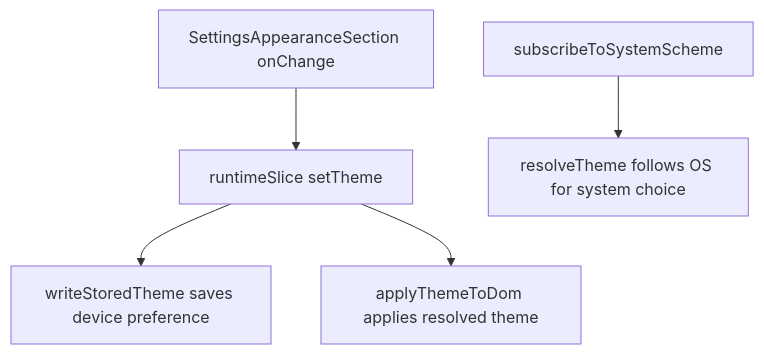
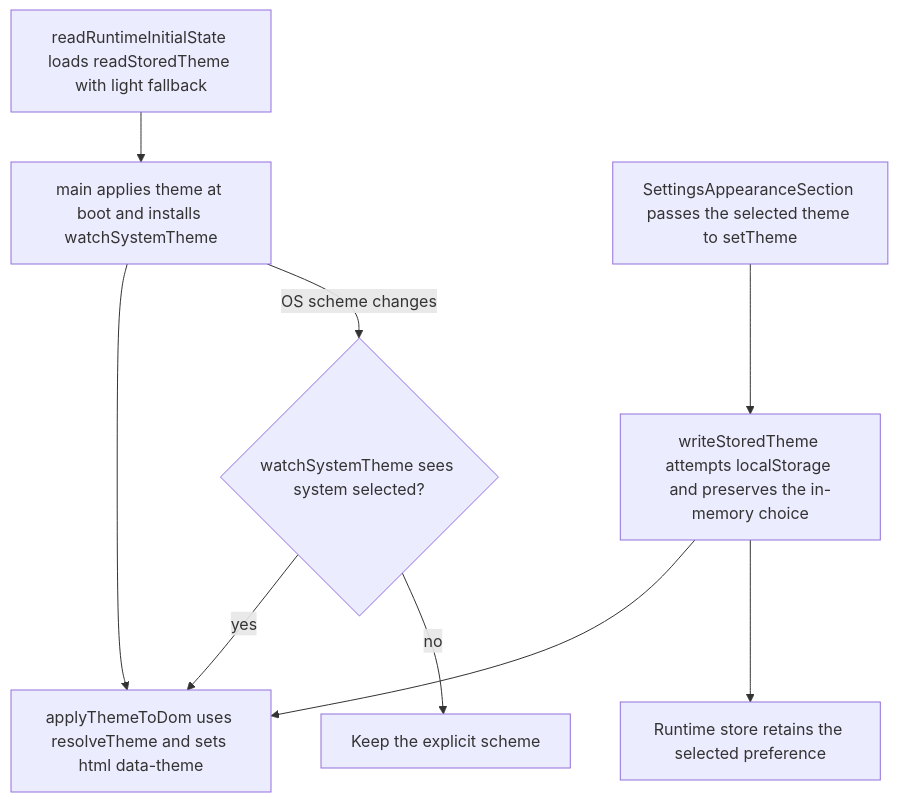
Before and after one commit to Kevinjohn/capacitylens: the second of 2 diagrams in user-stories/navigation/US-NAV-06-dark-mode.md, drawn with Mermaid. The commit also changed other lines of this file and 172 other files, not shown here.

Commit message:
docs: reconcile user story code flows with source

````diff
--- a/user-stories/navigation/US-NAV-06-dark-mode.md
+++ b/user-stories/navigation/US-NAV-06-dark-mode.md
@@ -31,7 +33,11 @@
 ```mermaid
 flowchart TD
-  settings["SettingsAppearanceSection onChange"] --> action["runtimeSlice setTheme"]
-  action --> storage["writeStoredTheme saves device preference"]
-  action --> dom["applyThemeToDom applies resolved theme"]
-  system["subscribeToSystemScheme"] --> resolved["resolveTheme follows OS for system choice"]
+  read["readRuntimeInitialState loads readStoredTheme with light fallback"] --> boot["main applies theme at boot and installs watchSystemTheme"]
+  control["SettingsAppearanceSection passes the selected theme to setTheme"] --> save["writeStoredTheme attempts localStorage and preserves the in-memory choice"]
+  save --> paint["applyThemeToDom uses resolveTheme and sets html data-theme"]
+  save --> state["Runtime store retains the selected preference"]
+  boot --> paint
+  boot -->|OS scheme changes| watch{"watchSystemTheme sees system selected?"}
+  watch -->|yes| paint
+  watch -->|no| keep["Keep the explicit scheme"]
 ```
````
